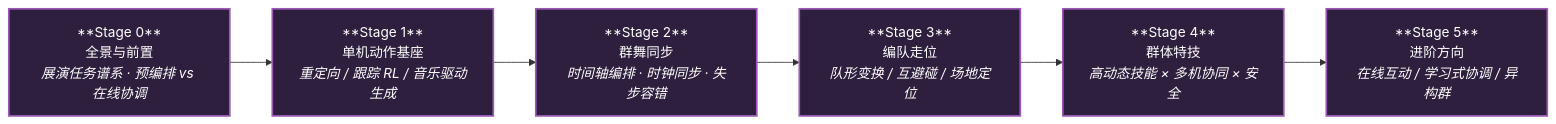
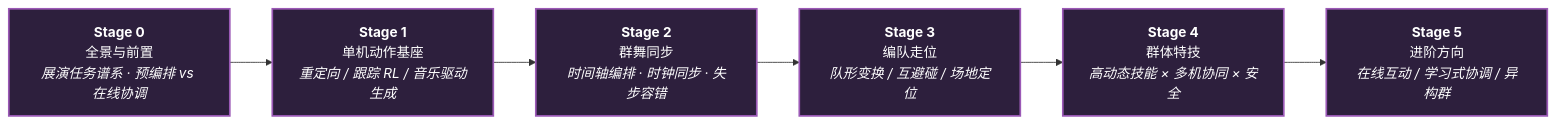
One commit to ImChong/Robotics_Notebooks changed the diagram in roadmap/depth-humanoid-swarm-performance.md. Above: the diagram before and after it, drawn with Mermaid. The commit also changed 27 other files, not shown here.

First line of the commit message:
fix(ux): 修复纵深路线一览 Mermaid 节点 ** 原样显示

````diff
--- a/roadmap/depth-humanoid-swarm-performance.md
+++ b/roadmap/depth-humanoid-swarm-performance.md
@@ -7,14 +7,14 @@
 ```mermaid
 flowchart LR
-  S0["**Stage 0**<br/>全景与前置<br/><em>展演任务谱系 · 预编排 vs 在线协调</em>"]
-  S1["**Stage 1**<br/>单机动作基座<br/><em>重定向 / 跟踪 RL / 音乐驱动生成</em>"]
-  S2["**Stage 2**<br/>群舞同步<br/><em>时间轴编排 · 时钟同步 · 失步容错</em>"]
-  S3["**Stage 3**<br/>编队走位<br/><em>队形变换 / 互避碰 / 场地定位</em>"]
-  S4["**Stage 4**<br/>群体特技<br/><em>高动态技能 × 多机协同 × 安全</em>"]
-  S5["**Stage 5**<br/>进阶方向<br/><em>在线互动 / 学习式协调 / 异构群</em>"]
+  S0["<b>Stage 0</b><br/>全景与前置<br/><em>展演任务谱系 · 预编排 vs 在线协调</em>"]
+  S1["<b>Stage 1</b><br/>单机动作基座<br/><em>重定向 / 跟踪 RL / 音乐驱动生成</em>"]
+  S2["<b>Stage 2</b><br/>群舞同步<br/><em>时间轴编排 · 时钟同步 · 失步容错</em>"]
+  S3["<b>Stage 3</b><br/>编队走位<br/><em>队形变换 / 互避碰 / 场地定位</em>"]
+  S4["<b>Stage 4</b><br/>群体特技<br/><em>高动态技能 × 多机协同 × 安全</em>"]
+  S5["<b>Stage 5</b><br/>进阶方向<br/><em>在线互动 / 学习式协调 / 异构群</em>"]
 
   S0 --> S1 --> S2 --> S3 --> S4 --> S5
 
   classDef stage fill:#2d1f3d,stroke:#9b59b6,stroke-width:2px,color:#fff
   class S0,S1,S2,S3,S4,S5 stage
 ```
````
